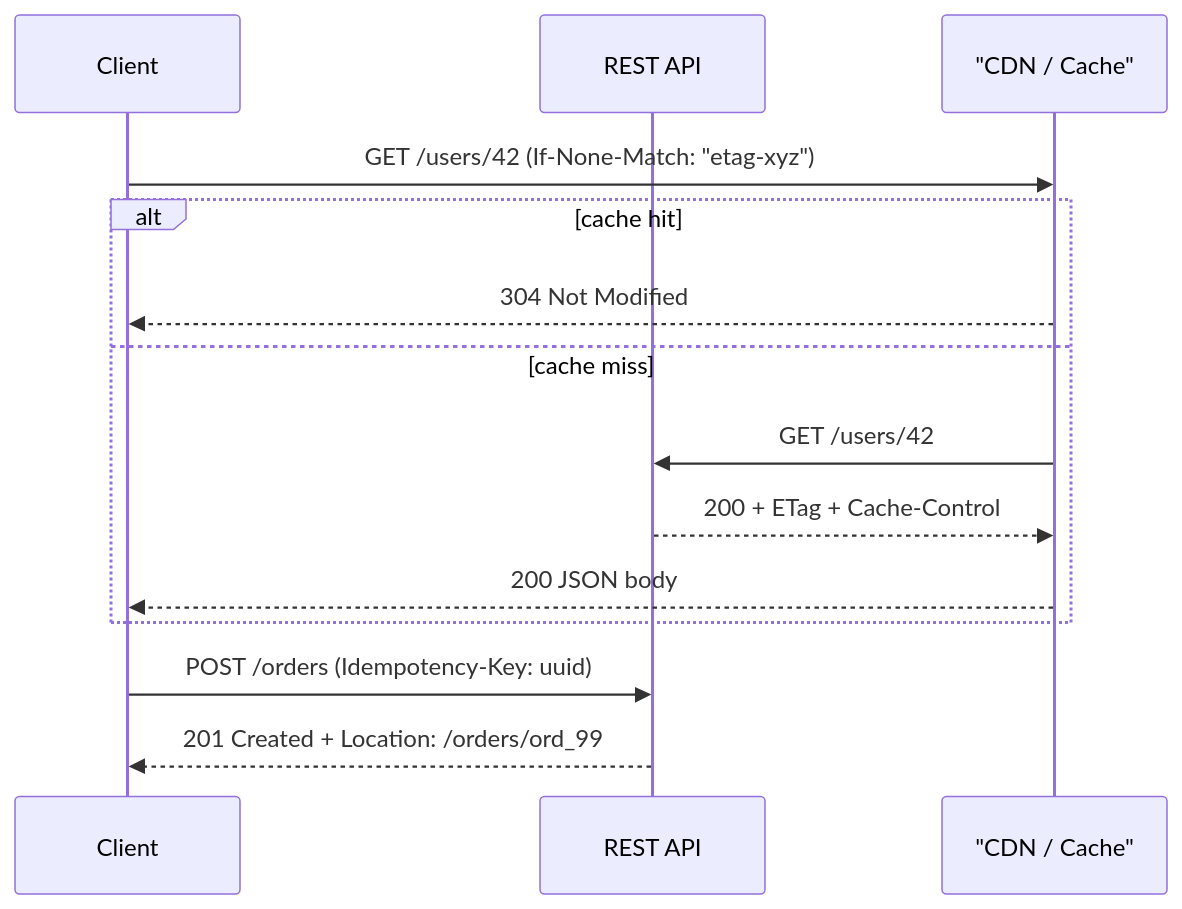
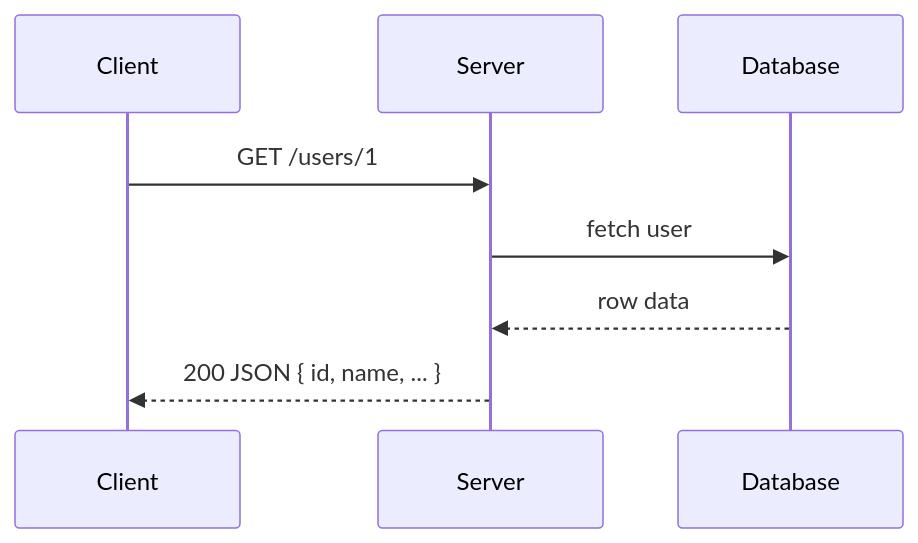
Before and after one commit to hareramcse/SystemDesign: the fourth of 33 diagrams in 07-api-design/README.md, drawn with Mermaid. The commit also changed other lines of this file, not shown here.

````diff
--- a/07-api-design/README.md
+++ b/07-api-design/README.md
@@ -184,17 +252,10 @@
 ```mermaid
 sequenceDiagram
     participant C as Client
-    participant API as REST API
-    participant CDN as "CDN / Cache"
-
-    C->>CDN: GET /users/42 (If-None-Match: "etag-xyz")
-    alt cache hit
-        CDN-->>C: 304 Not Modified
-    else cache miss
-        CDN->>API: GET /users/42
-        API-->>CDN: 200 + ETag + Cache-Control
-        CDN-->>C: 200 JSON body
-    end
-    C->>API: POST /orders (Idempotency-Key: uuid)
-    API-->>C: 201 Created + Location: /orders/ord_99
+    participant S as Server
+    participant DB as Database
+    C->>S: GET /users/1
+    S->>DB: fetch user
+    DB-->>S: row data
+    S-->>C: 200 JSON { id, name, ... }
 ```
````
